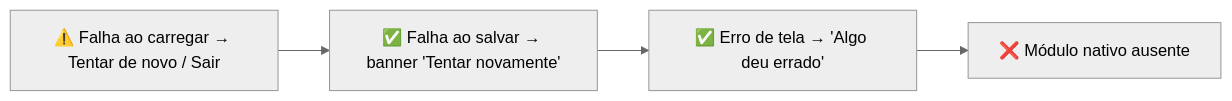
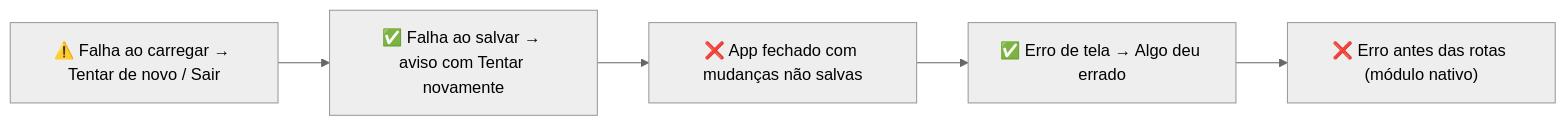
One commit to willians-e-silva/treina changed the eighth of 9 diagrams in audit/analysis.md. Above: the diagram before and after it, drawn with Mermaid (neutral theme). The commit also changed other lines of this file and 14 other files, not shown here.

````diff
--- a/audit/analysis.md
+++ b/audit/analysis.md
@@ -2156,10 +2262,12 @@
 ```mermaid
 flowchart LR
   s0["⚠️ Falha ao carregar → Tentar de novo / Sair"]
-  s1["✅ Falha ao salvar → banner 'Tentar novamente'"]
+  s1["✅ Falha ao salvar → aviso com Tentar novamente"]
   s0 --> s1
-  s2["✅ Erro de tela → 'Algo deu errado'"]
+  s2["❌ App fechado com mudanças não salvas"]
   s1 --> s2
-  s3["❌ Módulo nativo ausente"]
+  s3["✅ Erro de tela → Algo deu errado"]
   s2 --> s3
+  s4["❌ Erro antes das rotas (módulo nativo)"]
+  s3 --> s4
 ```
````
